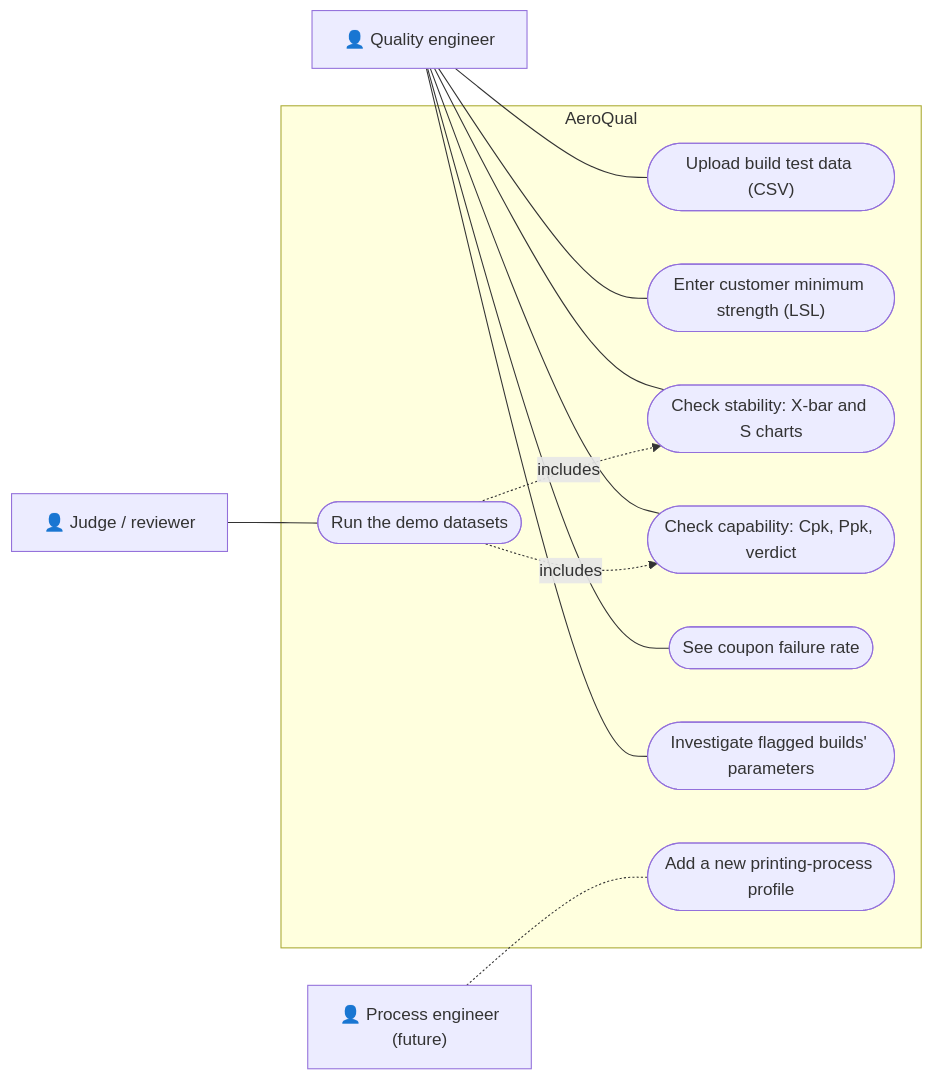
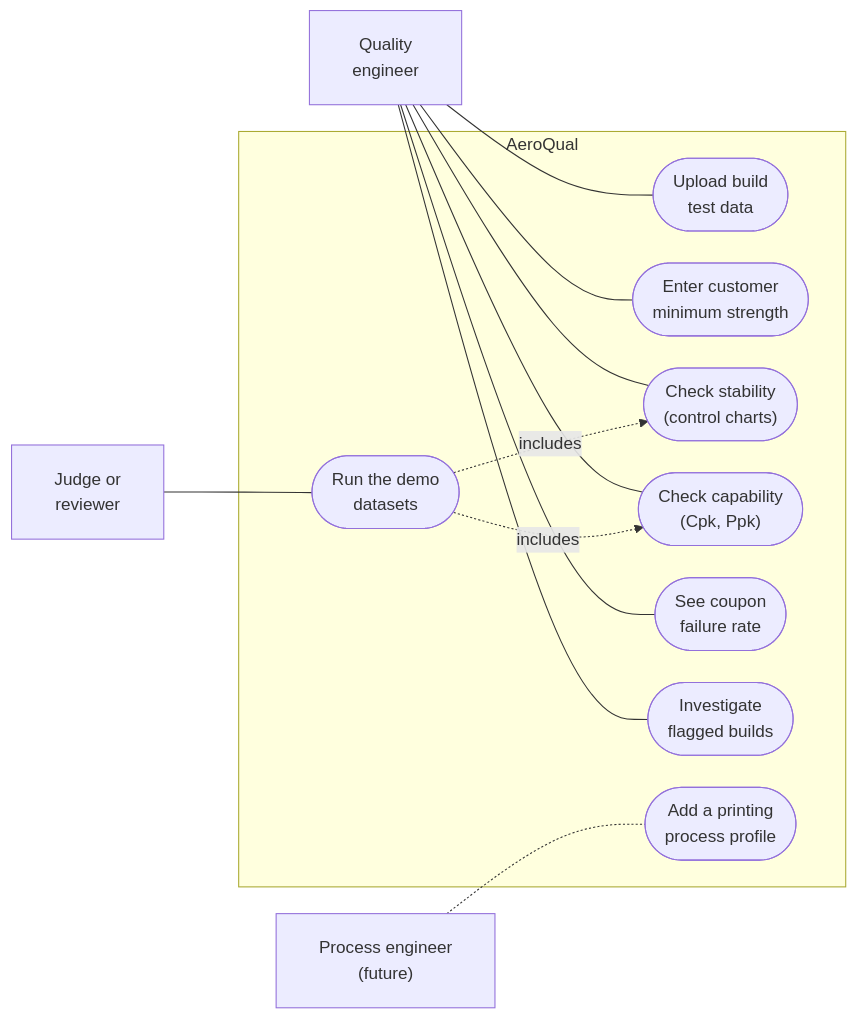
The first of 5 diagrams in docs/architecture.md (zaurbabayev222/team-sigma), drawn with Mermaid before and after one commit. The commit also changed other lines of this file, not shown here.

Commit message:
docs/architecture.md: shorter labels so text fits the diagram blocks

````diff
--- a/docs/architecture.md
+++ b/docs/architecture.md
@@ -13,28 +13,29 @@
 ```mermaid
+%%{init: {"flowchart": {"padding": 20, "nodeSpacing": 30, "rankSpacing": 70}}}%%
 flowchart LR
-    QE["👤 Quality engineer"]
-    JU["👤 Judge / reviewer"]
-    PE["👤 Process engineer<br/>(future)"]
+    QE["Quality<br>engineer"]
+    JU["Judge or<br>reviewer"]
+    PE["Process engineer<br>(future)"]
 
     subgraph AQ["AeroQual"]
-        UC1(["Upload build test data (CSV)"])
-        UC2(["Enter customer minimum strength (LSL)"])
-        UC3(["Check stability: X-bar and S charts"])
-        UC4(["Check capability: Cpk, Ppk, verdict"])
-        UC5(["See coupon failure rate"])
-        UC6(["Investigate flagged builds' parameters"])
-        UC7(["Run the demo datasets"])
-        UC8(["Add a new printing-process profile"])
+        UC1(["Upload build<br>test data"])
+        UC2(["Enter customer<br>minimum strength"])
+        UC3(["Check stability<br>(control charts)"])
+        UC4(["Check capability<br>(Cpk, Ppk)"])
+        UC5(["See coupon<br>failure rate"])
+        UC6(["Investigate<br>flagged builds"])
+        UC7(["Run the demo<br>datasets"])
+        UC8(["Add a printing<br>process profile"])
     end
 
     QE --- UC1
     QE --- UC2
     QE --- UC3
     QE --- UC4
     QE --- UC5
     QE --- UC6
     JU --- UC7
     PE -.- UC8
     UC7 -. includes .-> UC3
     UC7 -. includes .-> UC4
 ```
````
